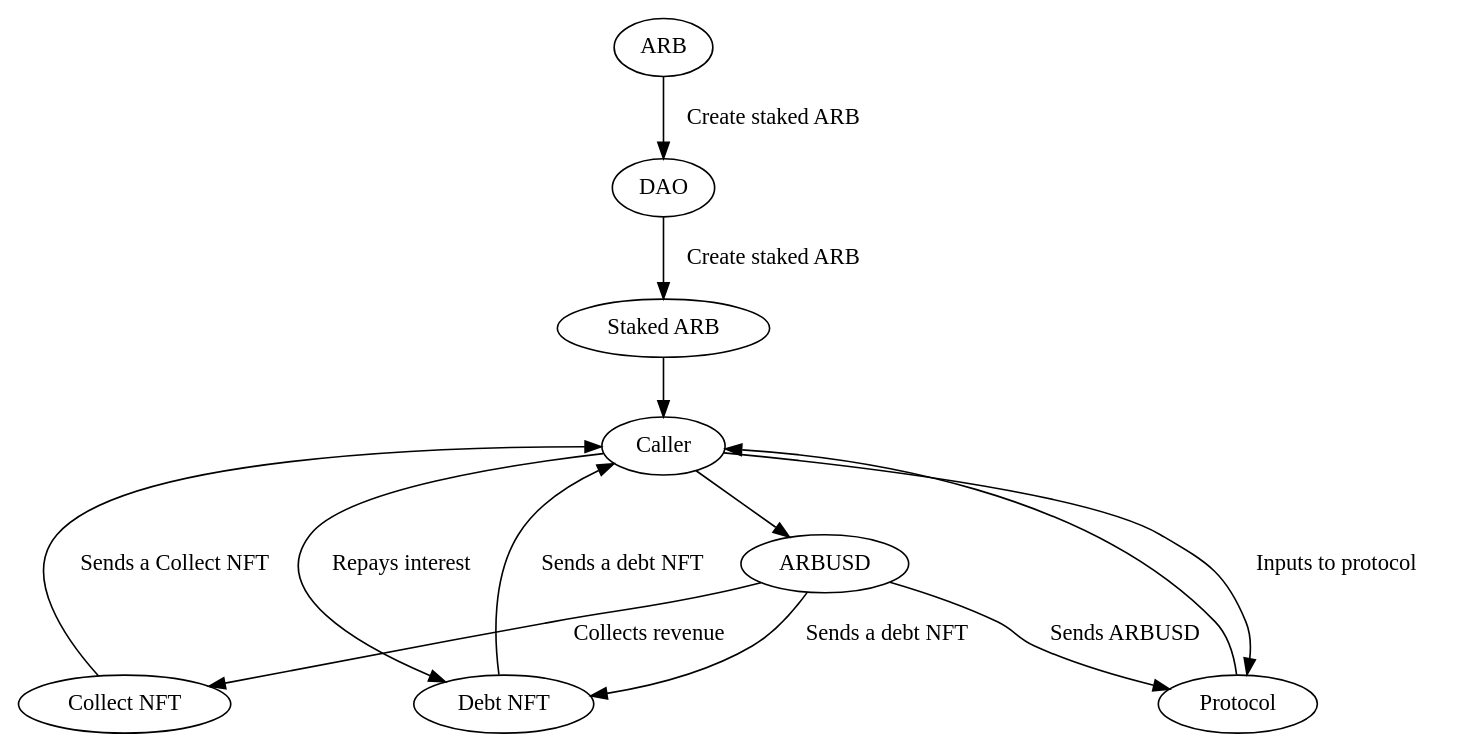
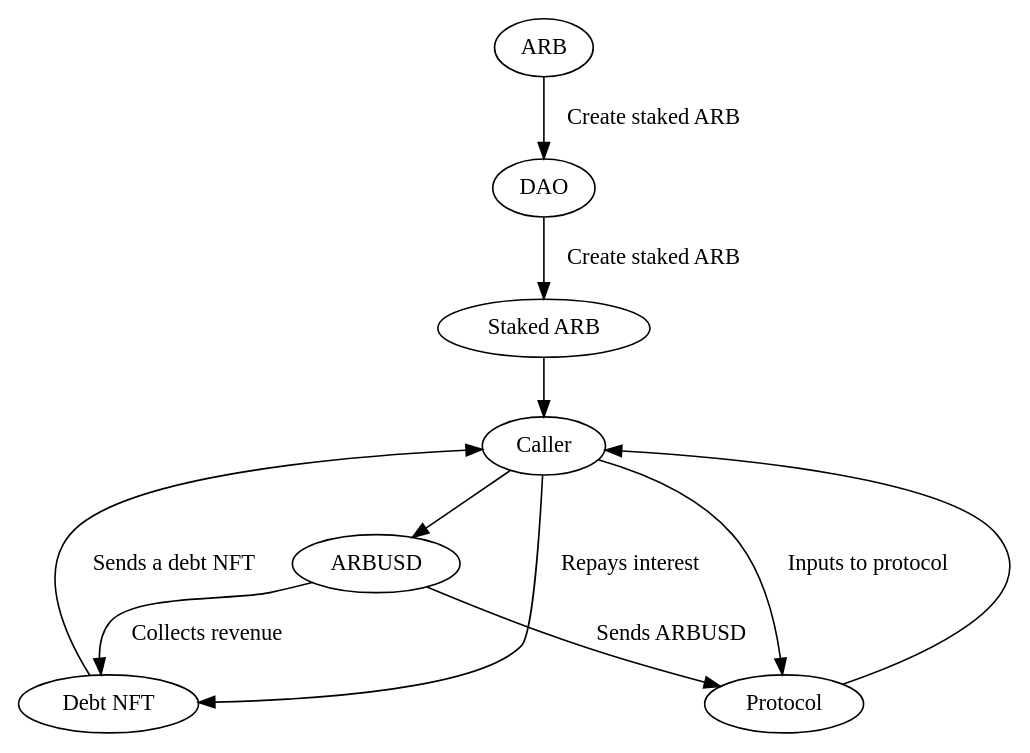
One commit to fluidity-money/sarb-arbusd-proposal-2024 changed the diagram in digraph.dot. Above: the diagram before and after it, drawn with Graphviz. The commit also changed 2 other files, not shown here.

Commit message:
Replace Collect NFT with Debt NFT

```diff
--- a/digraph.dot
+++ b/digraph.dot
@@ -1,12 +1,12 @@
 strict digraph {
 	ARB -> DAO -> "Staked ARB" [label="Create staked ARB"]
 	"Staked ARB" -> Caller
 	Caller -> ARBUSD [label=""]
-	ARBUSD -> "Collect NFT" -> Caller [label="Sends a Collect NFT"]
+	ARBUSD -> "Debt NFT" -> Caller [label="Sends a Debt NFT"]
 	ARBUSD -> "Debt NFT" -> Caller [label="Sends a debt NFT"]
 	Caller -> "Debt NFT" [label="Repays interest"]
 	ARBUSD -> Protocol [label="Sends ARBUSD"]
-	ARBUSD -> "Collect NFT" [label="Collects revenue"]
+	ARBUSD -> "Debt NFT" [label="Collects revenue"]
 	Protocol -> Caller [lablel="Sends revenue from utilisation"]
 	Caller -> Protocol [label="Inputs to protocol"]
 }
```
